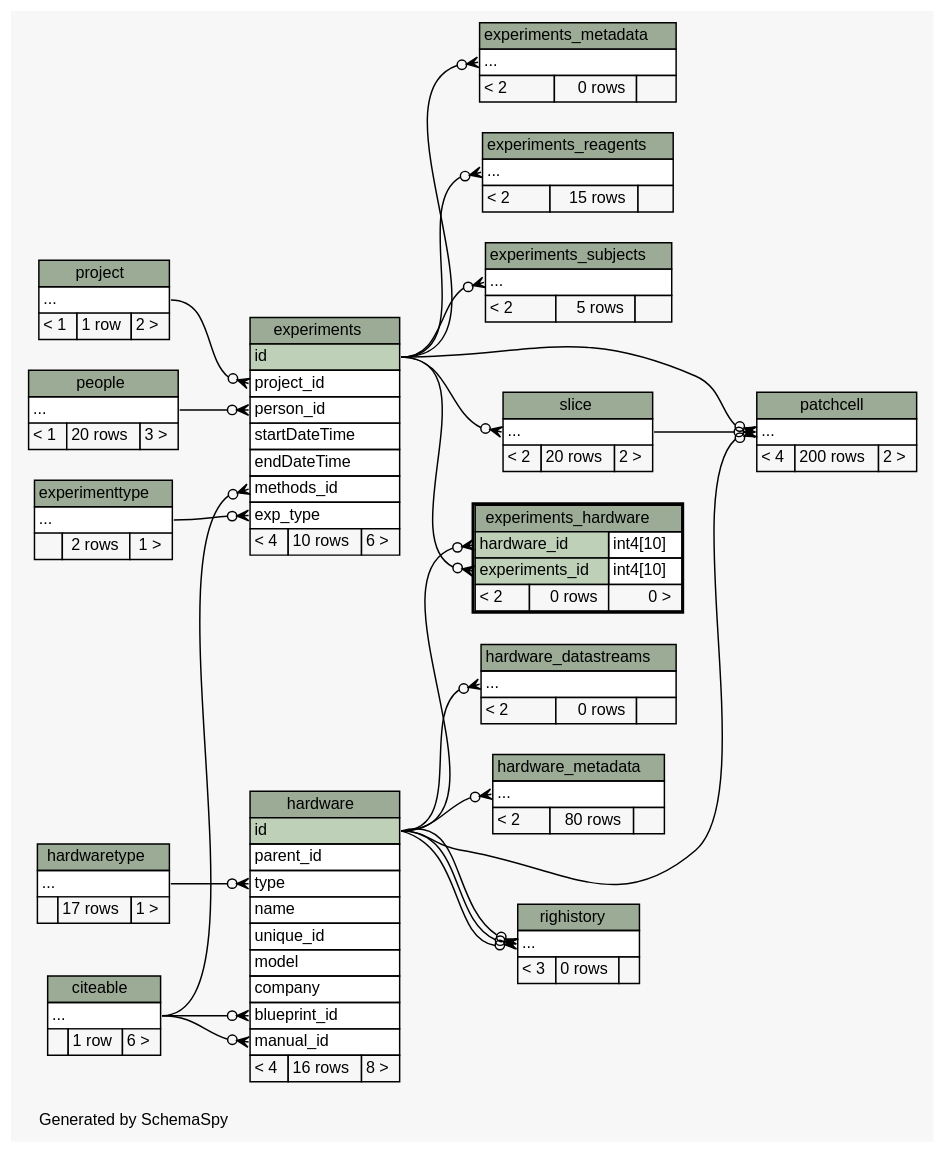
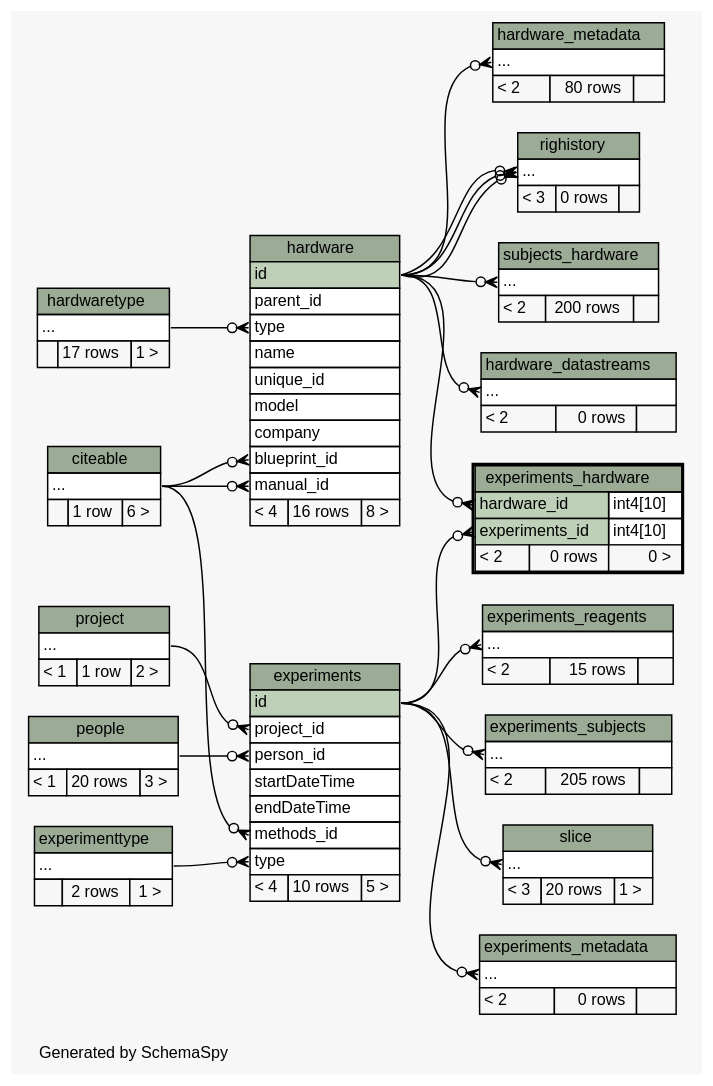
One commit to tgbugs/mlab changed the diagram in database/ss/diagrams/experiments_hardware.2degrees.dot. Above: the diagram before and after it, drawn with Graphviz. The commit also changed 292 other files, not shown here.

```diff
--- a/database/ss/diagrams/experiments_hardware.2degrees.dot
+++ b/database/ss/diagrams/experiments_hardware.2degrees.dot
@@ -1,4 +1,4 @@
-// dot 2.32.0 on Windows 7 6.1
+// dot 2.34.0 on Windows 7 6.1
 // SchemaSpy rev 590
 digraph "twoDegreesRelationshipsDiagram" {
   graph [
@@ -19,10 +19,10 @@
   edge [
     arrowsize="0.8"
   ];
-  "experiments":"exp_type":w -> "experimenttype":"elipses":e [arrowhead=none dir=back arrowtail=crowodot];
   "experiments":"methods_id":w -> "citeable":"elipses":e [arrowhead=none dir=back arrowtail=crowodot];
   "experiments":"person_id":w -> "people":"elipses":e [arrowhead=none dir=back arrowtail=crowodot];
   "experiments":"project_id":w -> "project":"elipses":e [arrowhead=none dir=back arrowtail=crowodot];
+  "experiments":"type":w -> "experimenttype":"elipses":e [arrowhead=none dir=back arrowtail=crowodot];
   "experiments_hardware":"experiments_id":w -> "experiments":"id":e [arrowhead=none dir=back arrowtail=crowodot];
   "experiments_hardware":"hardware_id":w -> "hardware":"id":e [arrowhead=none dir=back arrowtail=crowodot];
   "experiments_metadata":"elipses":w -> "experiments":"id":e [arrowhead=none dir=back arrowtail=crowodot];
@@ -33,13 +33,11 @@
   "hardware":"type":w -> "hardwaretype":"elipses":e [arrowhead=none dir=back arrowtail=crowodot];
   "hardware_datastreams":"elipses":w -> "hardware":"id":e [arrowhead=none dir=back arrowtail=crowodot];
   "hardware_metadata":"elipses":w -> "hardware":"id":e [arrowhead=none dir=back arrowtail=crowodot];
-  "patchcell":"elipses":w -> "hardware":"id":e [arrowhead=none dir=back arrowtail=crowodot];
-  "patchcell":"elipses":w -> "experiments":"id":e [arrowhead=none dir=back arrowtail=crowodot];
-  "patchcell":"elipses":w -> "slice":"elipses":e [arrowhead=none dir=back arrowtail=crowodot];
   "righistory":"elipses":w -> "hardware":"id":e [arrowhead=none dir=back arrowtail=crowodot];
   "righistory":"elipses":w -> "hardware":"id":e [arrowhead=none dir=back arrowtail=crowodot];
   "righistory":"elipses":w -> "hardware":"id":e [arrowhead=none dir=back arrowtail=crowodot];
   "slice":"elipses":w -> "experiments":"id":e [arrowhead=none dir=back arrowtail=crowodot];
+  "subjects_hardware":"elipses":w -> "hardware":"id":e [arrowhead=none dir=back arrowtail=crowodot];
   "citeable" [
     label=<
     <TABLE BORDER="0" CELLBORDER="1" CELLSPACING="0" BGCOLOR="#ffffff">
@@ -60,8 +58,8 @@
       <TR><TD PORT="startDateTime" COLSPAN="3" ALIGN="LEFT">startDateTime</TD></TR>
       <TR><TD PORT="endDateTime" COLSPAN="3" ALIGN="LEFT">endDateTime</TD></TR>
       <TR><TD PORT="methods_id" COLSPAN="3" ALIGN="LEFT">methods_id</TD></TR>
-      <TR><TD PORT="exp_type" COLSPAN="3" ALIGN="LEFT">exp_type</TD></TR>
-      <TR><TD ALIGN="LEFT" BGCOLOR="#f7f7f7">&lt; 4</TD><TD ALIGN="RIGHT" BGCOLOR="#f7f7f7">10 rows</TD><TD ALIGN="RIGHT" BGCOLOR="#f7f7f7">6 &gt;</TD></TR>
+      <TR><TD PORT="type" COLSPAN="3" ALIGN="LEFT">type</TD></TR>
+      <TR><TD ALIGN="LEFT" BGCOLOR="#f7f7f7">&lt; 4</TD><TD ALIGN="RIGHT" BGCOLOR="#f7f7f7">10 rows</TD><TD ALIGN="RIGHT" BGCOLOR="#f7f7f7">5 &gt;</TD></TR>
     </TABLE>>
     URL="experiments.html"
     tooltip="experiments"
@@ -102,7 +100,7 @@
     <TABLE BORDER="0" CELLBORDER="1" CELLSPACING="0" BGCOLOR="#ffffff">
       <TR><TD COLSPAN="3" BGCOLOR="#9bab96" ALIGN="CENTER">experiments_subjects</TD></TR>
       <TR><TD PORT="elipses" COLSPAN="3" ALIGN="LEFT">...</TD></TR>
-      <TR><TD ALIGN="LEFT" BGCOLOR="#f7f7f7">&lt; 2</TD><TD ALIGN="RIGHT" BGCOLOR="#f7f7f7">5 rows</TD><TD ALIGN="RIGHT" BGCOLOR="#f7f7f7">  </TD></TR>
+      <TR><TD ALIGN="LEFT" BGCOLOR="#f7f7f7">&lt; 2</TD><TD ALIGN="RIGHT" BGCOLOR="#f7f7f7">205 rows</TD><TD ALIGN="RIGHT" BGCOLOR="#f7f7f7">  </TD></TR>
     </TABLE>>
     URL="experiments_subjects.html"
     tooltip="experiments_subjects"
@@ -165,16 +163,6 @@
     URL="hardwaretype.html"
     tooltip="hardwaretype"
   ];
-  "patchcell" [
-    label=<
-    <TABLE BORDER="0" CELLBORDER="1" CELLSPACING="0" BGCOLOR="#ffffff">
-      <TR><TD COLSPAN="3" BGCOLOR="#9bab96" ALIGN="CENTER">patchcell</TD></TR>
-      <TR><TD PORT="elipses" COLSPAN="3" ALIGN="LEFT">...</TD></TR>
-      <TR><TD ALIGN="LEFT" BGCOLOR="#f7f7f7">&lt; 4</TD><TD ALIGN="RIGHT" BGCOLOR="#f7f7f7">200 rows</TD><TD ALIGN="RIGHT" BGCOLOR="#f7f7f7">2 &gt;</TD></TR>
-    </TABLE>>
-    URL="patchcell.html"
-    tooltip="patchcell"
-  ];
   "people" [
     label=<
     <TABLE BORDER="0" CELLBORDER="1" CELLSPACING="0" BGCOLOR="#ffffff">
@@ -210,9 +198,19 @@
     <TABLE BORDER="0" CELLBORDER="1" CELLSPACING="0" BGCOLOR="#ffffff">
       <TR><TD COLSPAN="3" BGCOLOR="#9bab96" ALIGN="CENTER">slice</TD></TR>
       <TR><TD PORT="elipses" COLSPAN="3" ALIGN="LEFT">...</TD></TR>
-      <TR><TD ALIGN="LEFT" BGCOLOR="#f7f7f7">&lt; 2</TD><TD ALIGN="RIGHT" BGCOLOR="#f7f7f7">20 rows</TD><TD ALIGN="RIGHT" BGCOLOR="#f7f7f7">2 &gt;</TD></TR>
+      <TR><TD ALIGN="LEFT" BGCOLOR="#f7f7f7">&lt; 3</TD><TD ALIGN="RIGHT" BGCOLOR="#f7f7f7">20 rows</TD><TD ALIGN="RIGHT" BGCOLOR="#f7f7f7">1 &gt;</TD></TR>
     </TABLE>>
     URL="slice.html"
     tooltip="slice"
   ];
+  "subjects_hardware" [
+    label=<
+    <TABLE BORDER="0" CELLBORDER="1" CELLSPACING="0" BGCOLOR="#ffffff">
+      <TR><TD COLSPAN="3" BGCOLOR="#9bab96" ALIGN="CENTER">subjects_hardware</TD></TR>
+      <TR><TD PORT="elipses" COLSPAN="3" ALIGN="LEFT">...</TD></TR>
+      <TR><TD ALIGN="LEFT" BGCOLOR="#f7f7f7">&lt; 2</TD><TD ALIGN="RIGHT" BGCOLOR="#f7f7f7">200 rows</TD><TD ALIGN="RIGHT" BGCOLOR="#f7f7f7">  </TD></TR>
+    </TABLE>>
+    URL="subjects_hardware.html"
+    tooltip="subjects_hardware"
+  ];
 }
```
